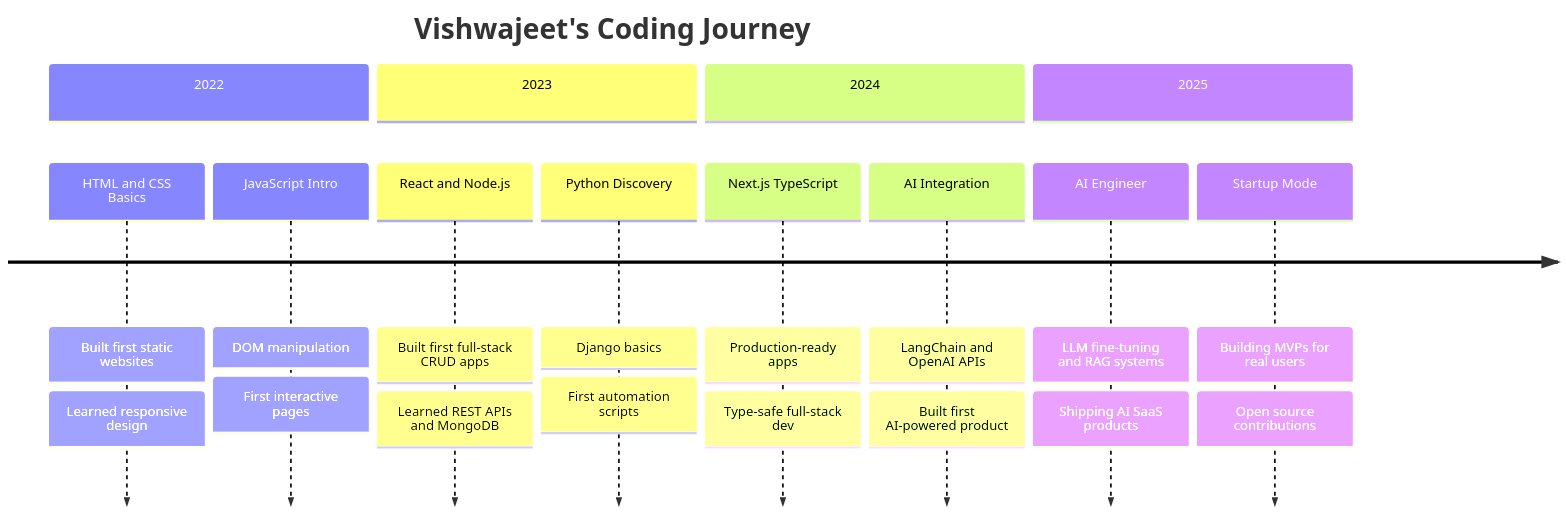
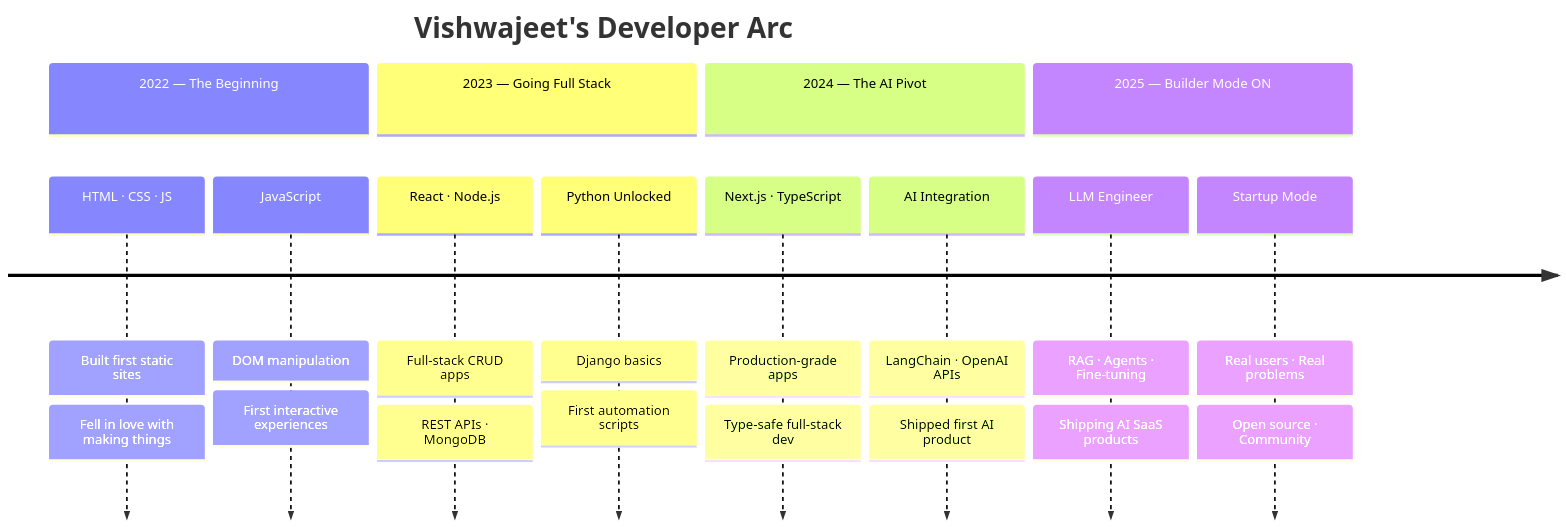
The diagram in README.md (codeby-Vishwajeet/codeby-Vishwajeet), drawn with Mermaid before and after one commit. The commit also changed other lines of this file, not shown here.

````diff
--- a/README.md
+++ b/README.md
@@ -257,24 +242,24 @@
 ```mermaid
 timeline
-    title Vishwajeet's Coding Journey
-    section 2022
-      HTML and CSS Basics : Built first static websites
-                          : Learned responsive design
-      JavaScript Intro    : DOM manipulation
-                          : First interactive pages
-    section 2023
-      React and Node.js   : Built first full-stack CRUD apps
-                          : Learned REST APIs and MongoDB
-      Python Discovery    : Django basics
+    title Vishwajeet's Developer Arc
+    section 2022 — The Beginning
+      HTML · CSS · JS     : Built first static sites
+                          : Fell in love with making things
+      JavaScript          : DOM manipulation
+                          : First interactive experiences
+    section 2023 — Going Full Stack
+      React · Node.js     : Full-stack CRUD apps
+                          : REST APIs · MongoDB
+      Python Unlocked     : Django basics
                           : First automation scripts
-    section 2024
-      Next.js TypeScript  : Production-ready apps
-                          : Type-safe full-stack dev
-      AI Integration      : LangChain and OpenAI APIs
-                          : Built first AI-powered product
-    section 2025
-      AI Engineer         : LLM fine-tuning and RAG systems
+    section 2024 — The AI Pivot
+      Next.js · TypeScript : Production-grade apps
+                           : Type-safe full-stack dev
+      AI Integration       : LangChain · OpenAI APIs
+                           : Shipped first AI product
+    section 2025 — Builder Mode ON
+      LLM Engineer        : RAG · Agents · Fine-tuning
                           : Shipping AI SaaS products
-      Startup Mode        : Building MVPs for real users
-                          : Open source contributions
+      Startup Mode        : Real users · Real problems
+                          : Open source · Community
 ```
````
